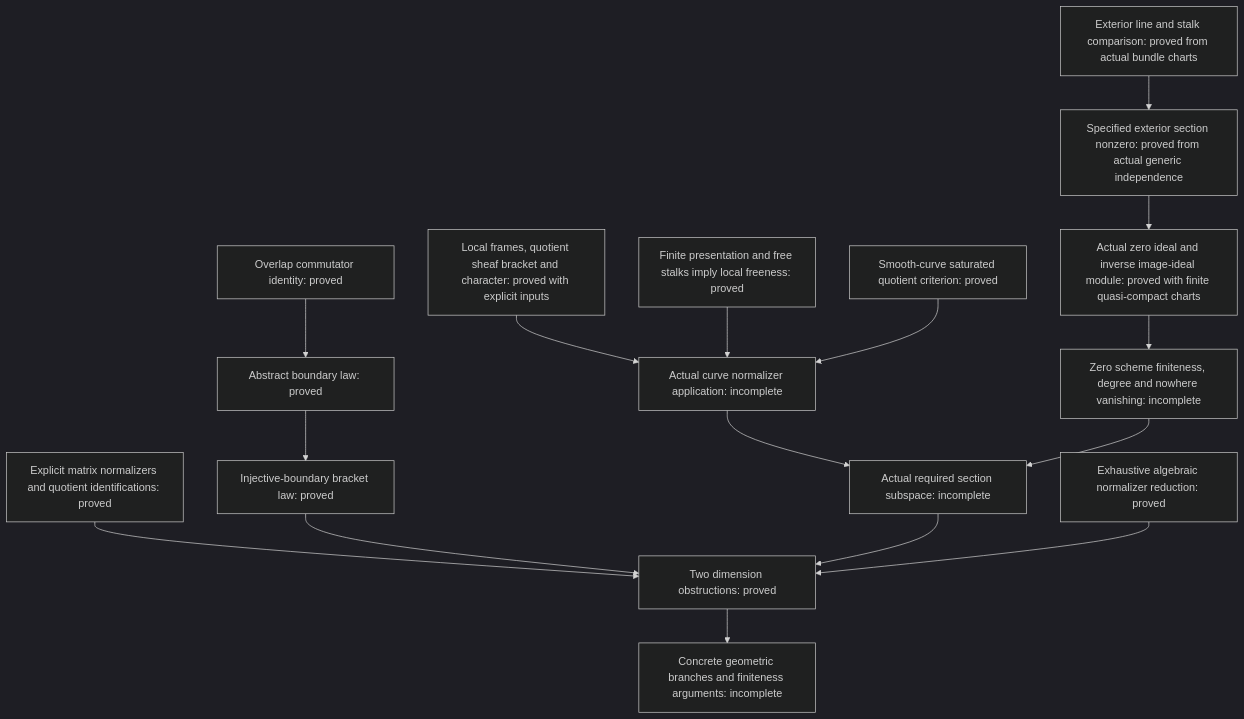
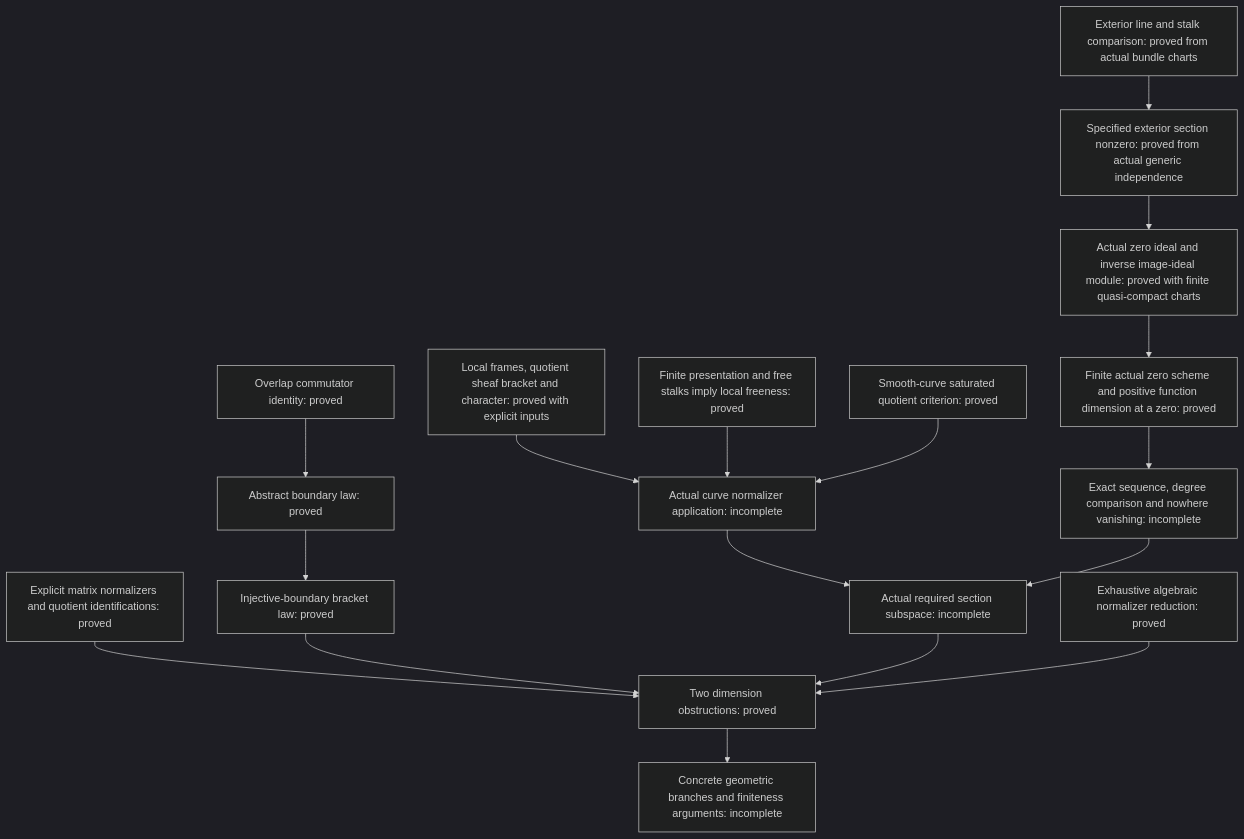
One commit to Robby955/rank-three-mcg-finiteness changed the diagram in lean/normalizer-core/OVERVIEW.md. Above: the diagram before and after it, drawn with Mermaid (dark theme). The commit also changed other lines of this file and 19 other files, not shown here.

Commit message:
Prove finiteness and positivity for specified section zero schemes

````diff
--- a/lean/normalizer-core/OVERVIEW.md
+++ b/lean/normalizer-core/OVERVIEW.md
@@ -45,18 +45,19 @@
 ```mermaid
 flowchart TD
   A[Overlap commutator identity: proved] --> B[Abstract boundary law: proved]
   B --> C[Injective-boundary bracket law: proved]
   D[Explicit matrix normalizers and quotient identifications: proved] --> E[Two dimension obstructions: proved]
   C --> E
   F[Local frames, quotient sheaf bracket and character: proved with explicit inputs] --> G[Actual curve normalizer application: incomplete]
   H[Finite presentation and free stalks imply local freeness: proved] --> G
   I[Smooth-curve saturated quotient criterion: proved] --> G
   G --> J[Actual required section subspace: incomplete]
   J --> E
   L[Exhaustive algebraic normalizer reduction: proved] --> E
   M[Exterior line and stalk comparison: proved from actual bundle charts] --> N[Specified exterior section nonzero: proved from actual generic independence]
   N --> P[Actual zero ideal and inverse image-ideal module: proved with finite quasi-compact charts]
-  P --> O[Zero scheme finiteness, degree and nowhere vanishing: incomplete]
+  P --> Q[Finite actual zero scheme and positive function dimension at a zero: proved]
+  Q --> O[Exact sequence, degree comparison and nowhere vanishing: incomplete]
   O --> J
   E --> K[Concrete geometric branches and finiteness arguments: incomplete]
 ```
````
